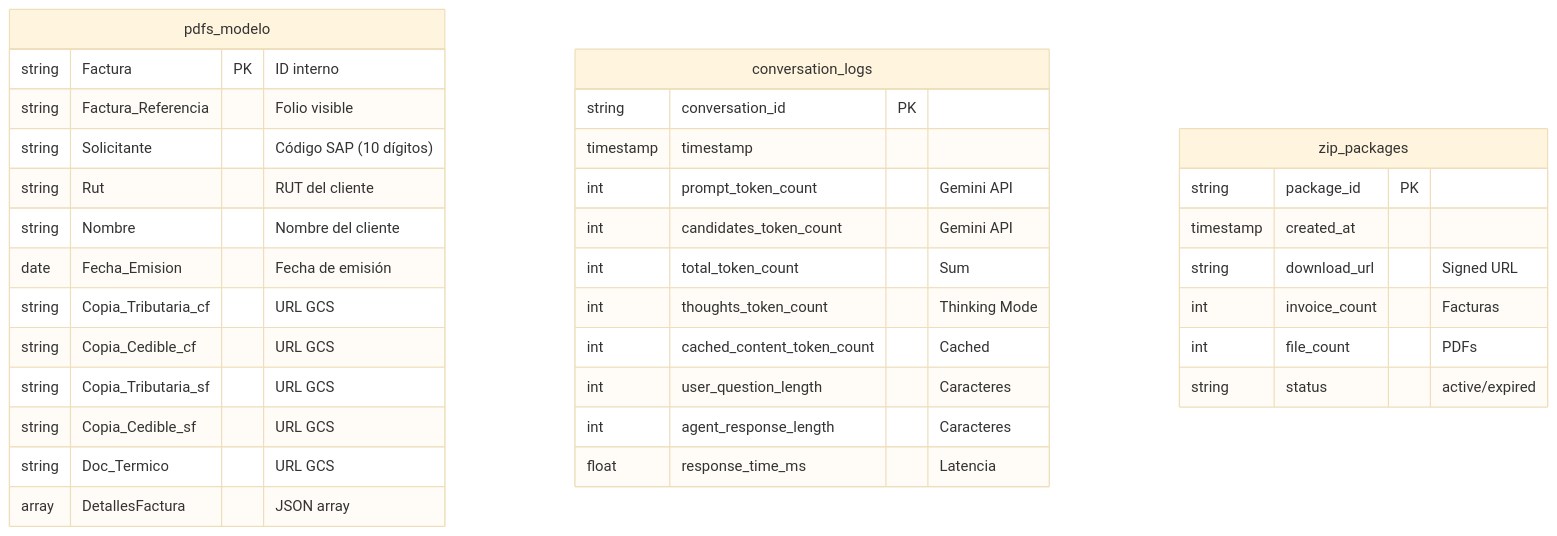
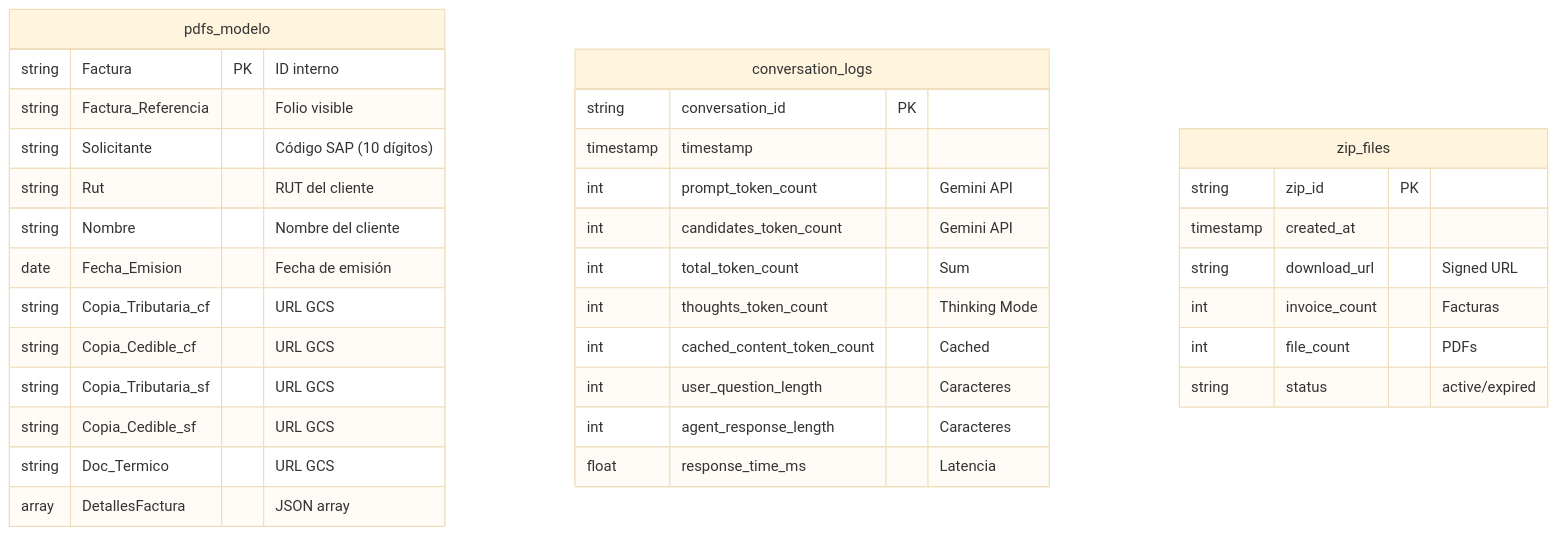
Before and after one commit to miguelp7200/agente: the sixth of 16 diagrams in docs/official/architecture/20_SYSTEM_ARCHITECTURE.md, drawn with Mermaid (base theme). The commit also changed other lines of this file and 12 other files, not shown here.

````diff
--- a/docs/official/architecture/20_SYSTEM_ARCHITECTURE.md
+++ b/docs/official/architecture/20_SYSTEM_ARCHITECTURE.md
@@ -313,39 +313,39 @@
 ```mermaid
 erDiagram
     pdfs_modelo {
         string Factura PK "ID interno"
         string Factura_Referencia "Folio visible"
         string Solicitante "Código SAP (10 dígitos)"
         string Rut "RUT del cliente"
         string Nombre "Nombre del cliente"
         date Fecha_Emision "Fecha de emisión"
         string Copia_Tributaria_cf "URL GCS"
         string Copia_Cedible_cf "URL GCS"
         string Copia_Tributaria_sf "URL GCS"
         string Copia_Cedible_sf "URL GCS"
         string Doc_Termico "URL GCS"
         array DetallesFactura "JSON array"
     }
     
     conversation_logs {
         string conversation_id PK
         timestamp timestamp
         int prompt_token_count "Gemini API"
         int candidates_token_count "Gemini API"
         int total_token_count "Sum"
         int thoughts_token_count "Thinking Mode"
         int cached_content_token_count "Cached"
         int user_question_length "Caracteres"
         int agent_response_length "Caracteres"
         float response_time_ms "Latencia"
     }
     
-    zip_packages {
-        string package_id PK
+    zip_files {
+        string zip_id PK
         timestamp created_at
         string download_url "Signed URL"
         int invoice_count "Facturas"
         int file_count "PDFs"
         string status "active/expired"
     }
 ```
````
